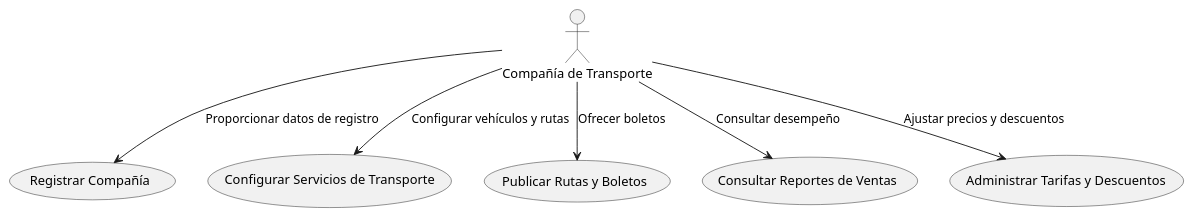
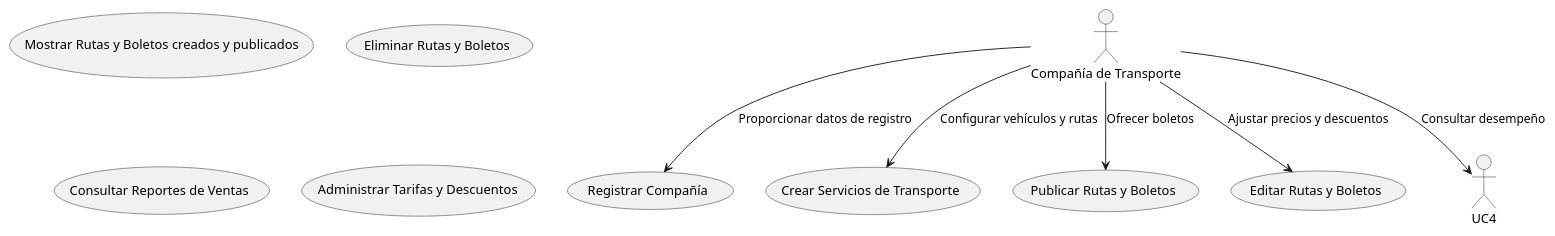
The diagram in Documentation/use cases/Companies.puml (GabrielCarrilloF/AirWay---System), drawn with PlantUML before and after one commit. The commit also changed 1 other file, not shown here.

```diff
--- a/Documentation/use cases/Companies.puml
+++ b/Documentation/use cases/Companies.puml
@@ -1,17 +1,20 @@
 @startuml c
 actor "Compañía de Transporte" as Company
 
     usecase "Registrar Compañía" as UC1
-    usecase "Configurar Servicios de Transporte" as UC2
+    usecase "Crear Servicios de Transporte" as UC2
     usecase "Publicar Rutas y Boletos" as UC3
-    usecase "Consultar Reportes de Ventas" as UC4
-    usecase "Administrar Tarifas y Descuentos" as UC5
+    usecase "Editar Rutas y Boletos" as UC5
+    usecase "Mostrar Rutas y Boletos creados y publicados" as UC6
+    usecase "Eliminar Rutas y Boletos" as UC7
+    usecase "Consultar Reportes de Ventas" as UC8
+    usecase "Administrar Tarifas y Descuentos" as UC9
 
 
 Company --> UC1 : "Proporcionar datos de registro"
 Company --> UC2 : "Configurar vehículos y rutas"
 Company --> UC3 : "Ofrecer boletos"
 Company --> UC4 : "Consultar desempeño"
 Company --> UC5 : "Ajustar precios y descuentos"
 
 @enduml
```
